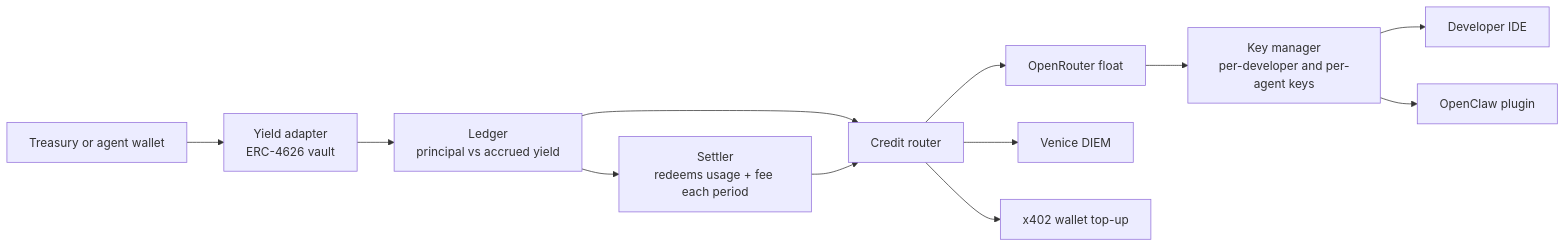
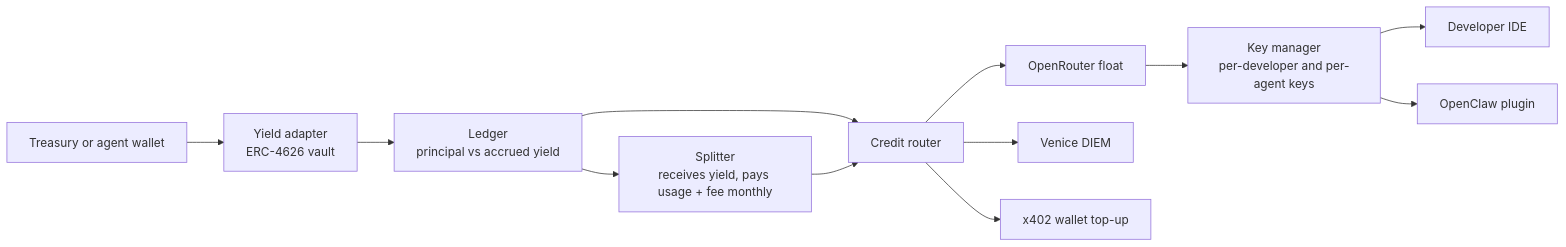
The diagram in docs/03-architecture.md (moyedx3/inferest), drawn with Mermaid before and after one commit. The commit also changed other lines of this file and 5 other files, not shown here.

````diff
--- a/docs/03-architecture.md
+++ b/docs/03-architecture.md
@@ -11,14 +11,14 @@
 ```mermaid
 flowchart LR
   A[Treasury or agent wallet] --> B[Yield adapter<br/>ERC-4626 vault]
   B --> C[Ledger<br/>principal vs accrued yield]
-  C --> D[Settler<br/>redeems usage + fee each period]
+  C --> D[Splitter<br/>receives yield, pays usage + fee monthly]
   C --> E[Credit router]
   D --> E
   E --> F[OpenRouter float]
   E --> G[Venice DIEM]
   E --> H[x402 wallet top-up]
   F --> I[Key manager<br/>per-developer and per-agent keys]
   I --> J[Developer IDE]
   I --> K[OpenClaw plugin]
 ```
````
